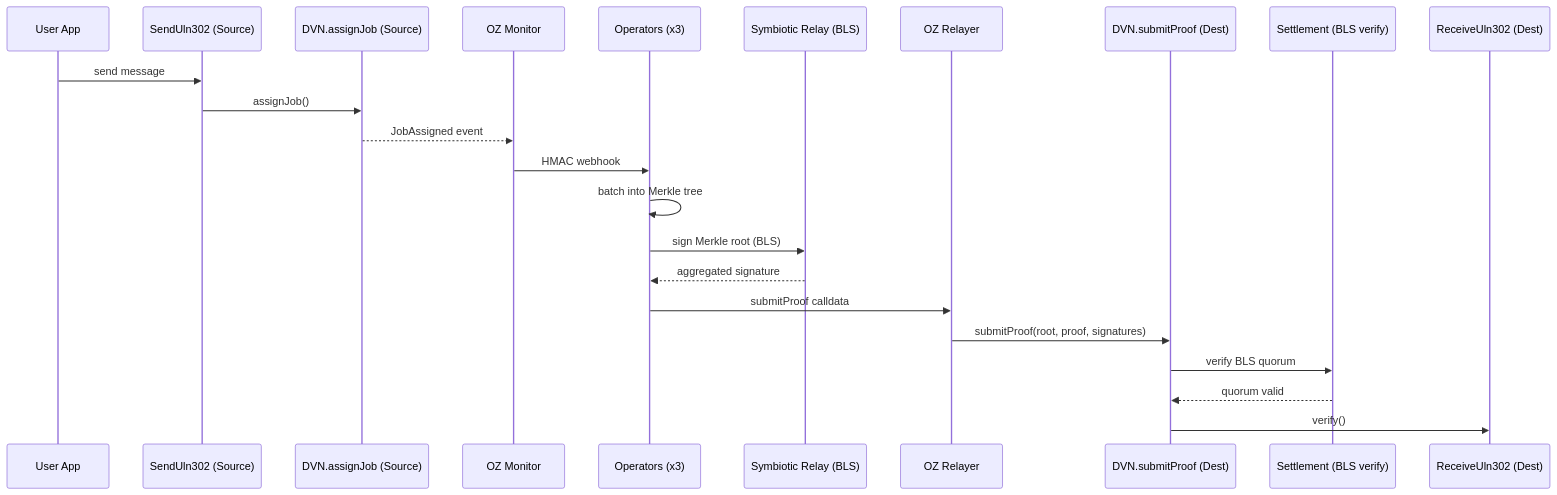
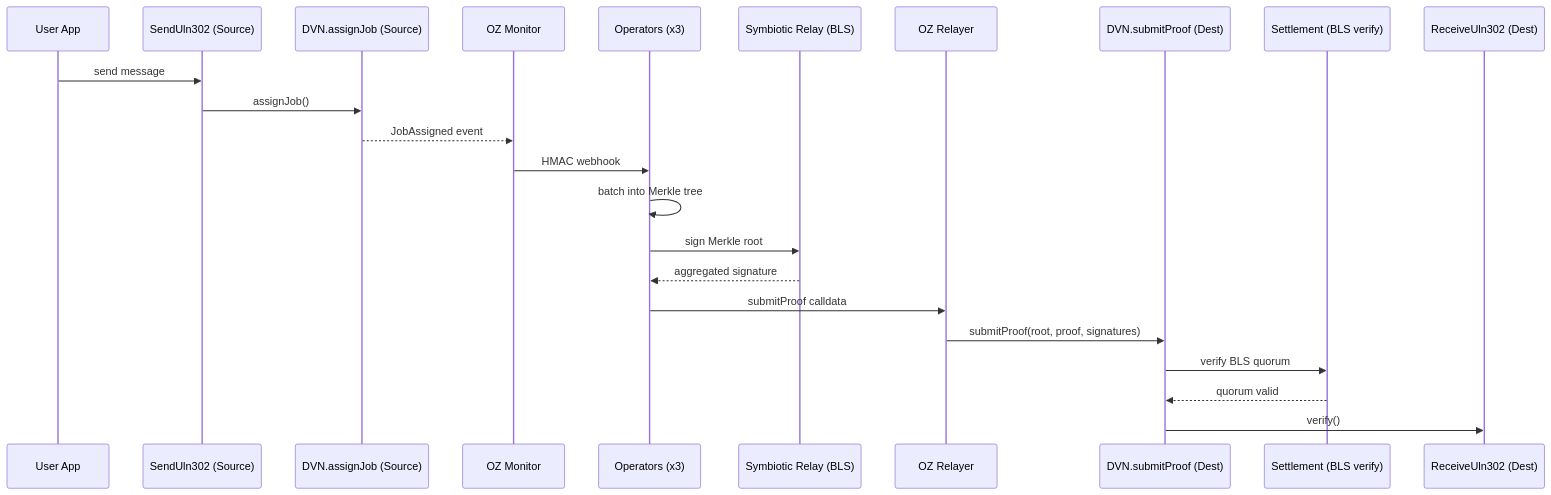
One commit to OpenZeppelin/docs changed the diagram in content/symbiotic/layerzero.mdx. Above: the diagram before and after it, drawn with Mermaid. The commit also changed other lines of this file and 10 other files, not shown here.

````diff
--- a/content/symbiotic/layerzero.mdx
+++ b/content/symbiotic/layerzero.mdx
@@ -13,26 +13,26 @@
 ```mermaid
 sequenceDiagram
     participant App as User App
     participant SendUln as SendUln302 (Source)
     participant DVN_S as DVN.assignJob (Source)
     participant Monitor as OZ Monitor
     participant Operators as Operators (x3)
     participant Relay as Symbiotic Relay (BLS)
     participant Relayer as OZ Relayer
     participant DVN_D as DVN.submitProof (Dest)
     participant Settlement as Settlement (BLS verify)
     participant RecvUln as ReceiveUln302 (Dest)
 
     App->>SendUln: send message
     SendUln->>DVN_S: assignJob()
     DVN_S-->>Monitor: JobAssigned event
     Monitor->>Operators: HMAC webhook
     Operators->>Operators: batch into Merkle tree
-    Operators->>Relay: sign Merkle root (BLS)
+    Operators->>Relay: sign Merkle root
     Relay-->>Operators: aggregated signature
     Operators->>Relayer: submitProof calldata
     Relayer->>DVN_D: submitProof(root, proof, signatures)
     DVN_D->>Settlement: verify BLS quorum
     Settlement-->>DVN_D: quorum valid
     DVN_D->>RecvUln: verify()
 ```
````
